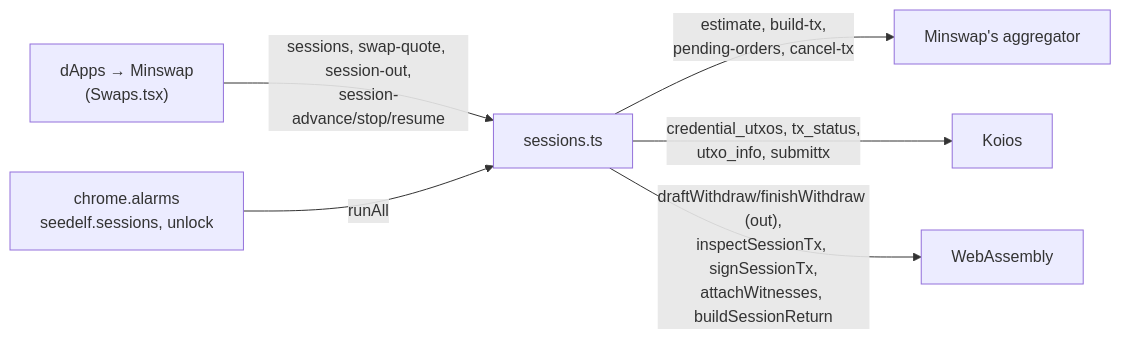
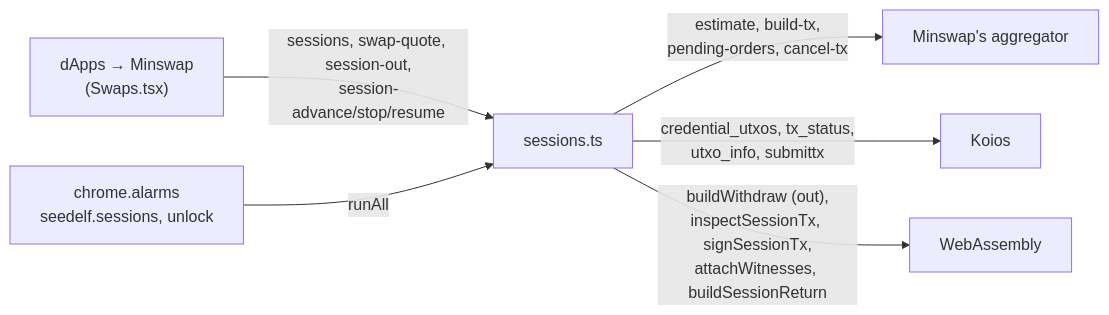
One commit to logical-mechanism/Seedelf-Wallet changed the third of 4 diagrams in seedelf-platform/seedelf-web-wallet/docs/architecture.md. Above: the diagram before and after it, drawn with Mermaid. The commit also changed other lines of this file and 63 other files, not shown here.

````diff
--- a/seedelf-platform/seedelf-web-wallet/docs/architecture.md
+++ b/seedelf-platform/seedelf-web-wallet/docs/architecture.md
@@ -519,8 +550,8 @@
 ```mermaid
 flowchart LR
   UI["dApps → Minswap<br/>(Swaps.tsx)"] -- "sessions, swap-quote, session-out,<br/>session-advance/stop/resume" --> S["sessions.ts"]
   A["chrome.alarms<br/>seedelf.sessions, unlock"] -- "runAll" --> S
   S -- "estimate, build-tx,<br/>pending-orders, cancel-tx" --> M["Minswap's aggregator"]
   S -- "credential_utxos, tx_status,<br/>utxo_info, submittx" --> K["Koios"]
-  S -- "draftWithdraw/finishWithdraw (out),<br/>inspectSessionTx, signSessionTx,<br/>attachWitnesses, buildSessionReturn" --> X["WebAssembly"]
+  S -- "buildWithdraw (out),<br/>inspectSessionTx, signSessionTx,<br/>attachWitnesses, buildSessionReturn" --> X["WebAssembly"]
 ```
````
